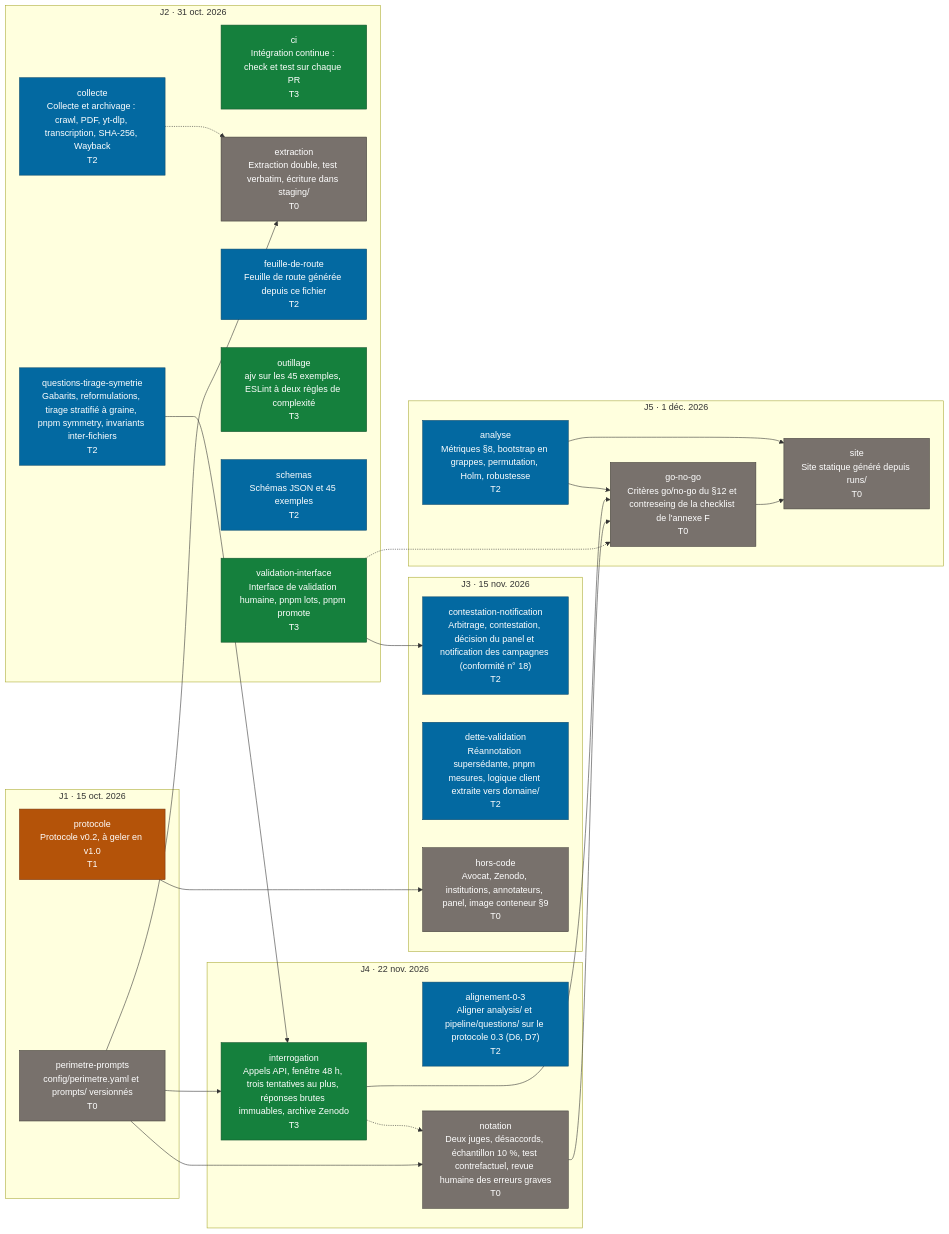
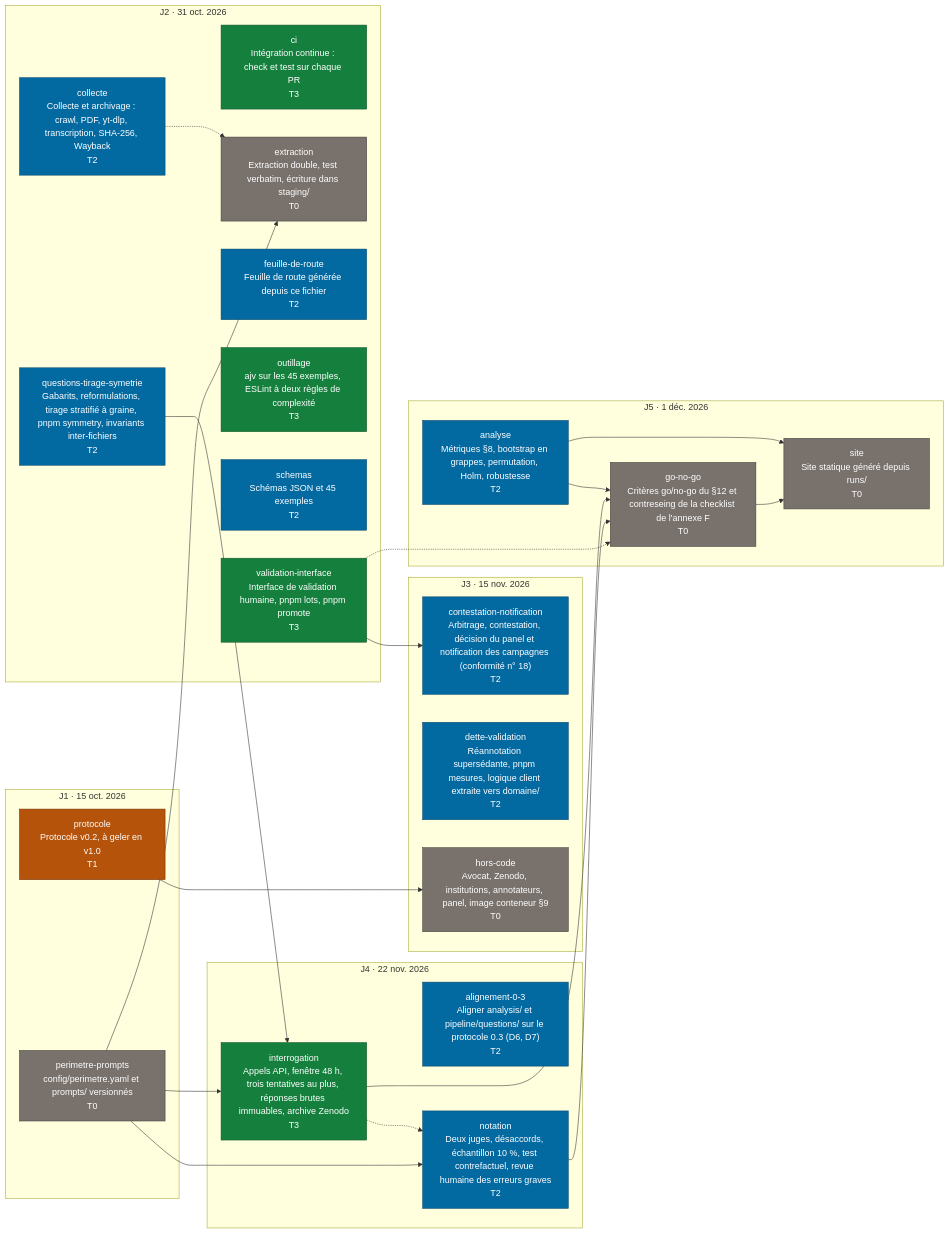
One commit to AzurNow/DEMOCRACIE_2027 changed the diagram in docs/FEUILLE-DE-ROUTE.md. Above: the diagram before and after it, drawn with Mermaid. The commit also changed other lines of this file and 3 other files, not shown here.

Commit message:
Clôture de la session du 2026-10-05, D13 à D15 et noyau du lot notation (PR #77 à #79)

````diff
--- a/docs/FEUILLE-DE-ROUTE.md
+++ b/docs/FEUILLE-DE-ROUTE.md
@@ -75,52 +75,52 @@
 ```mermaid
 flowchart LR
   subgraph jalon_J1["J1 · 15 oct. 2026"]
     lot_perimetre_prompts["perimetre-prompts<br/>config/perimetre.yaml et prompts/ versionnés<br/>T0"]:::T0
     lot_protocole["protocole<br/>Protocole v0.2, à geler en v1.0<br/>T1"]:::T1
   end
   subgraph jalon_J2["J2 · 31 oct. 2026"]
     lot_ci["ci<br/>Intégration continue : check et test sur chaque PR<br/>T3"]:::T3
     lot_collecte["collecte<br/>Collecte et archivage : crawl, PDF, yt-dlp, transcription, SHA-256, Wayback<br/>T2"]:::T2
     lot_extraction["extraction<br/>Extraction double, test verbatim, écriture dans staging/<br/>T0"]:::T0
     lot_feuille_de_route["feuille-de-route<br/>Feuille de route générée depuis ce fichier<br/>T2"]:::T2
     lot_outillage["outillage<br/>ajv sur les 45 exemples, ESLint à deux règles de complexité<br/>T3"]:::T3
     lot_questions_tirage_symetrie["questions-tirage-symetrie<br/>Gabarits, reformulations, tirage stratifié à graine, pnpm symmetry, invariants inter-fichiers<br/>T2"]:::T2
     lot_schemas["schemas<br/>Schémas JSON et 45 exemples<br/>T2"]:::T2
     lot_validation_interface["validation-interface<br/>Interface de validation humaine, pnpm lots, pnpm promote<br/>T3"]:::T3
   end
   subgraph jalon_J3["J3 · 15 nov. 2026"]
     lot_contestation_notification["contestation-notification<br/>Arbitrage, contestation, décision du panel et notification des campagnes (conformité n° 18)<br/>T2"]:::T2
     lot_dette_validation["dette-validation<br/>Réannotation supersédante, pnpm mesures, logique client extraite vers domaine/<br/>T2"]:::T2
     lot_hors_code["hors-code<br/>Avocat, Zenodo, institutions, annotateurs, panel, image conteneur §9<br/>T0"]:::T0
   end
   subgraph jalon_J4["J4 · 22 nov. 2026"]
     lot_alignement_0_3["alignement-0-3<br/>Aligner analysis/ et pipeline/questions/ sur le protocole 0.3 (D6, D7)<br/>T2"]:::T2
     lot_interrogation["interrogation<br/>Appels API, fenêtre 48 h, trois tentatives au plus, réponses brutes immuables, archive Zenodo<br/>T3"]:::T3
-    lot_notation["notation<br/>Deux juges, désaccords, échantillon 10 %, test contrefactuel, revue humaine des erreurs graves<br/>T0"]:::T0
+    lot_notation["notation<br/>Deux juges, désaccords, échantillon 10 %, test contrefactuel, revue humaine des erreurs graves<br/>T2"]:::T2
   end
   subgraph jalon_J5["J5 · 1 déc. 2026"]
     lot_analyse["analyse<br/>Métriques §8, bootstrap en grappes, permutation, Holm, robustesse<br/>T2"]:::T2
     lot_go_no_go["go-no-go<br/>Critères go/no-go du §12 et contreseing de la checklist de l'annexe F<br/>T0"]:::T0
     lot_site["site<br/>Site statique généré depuis runs/<br/>T0"]:::T0
   end
   lot_validation_interface --> lot_contestation_notification
   lot_collecte -.-> lot_extraction
   lot_perimetre_prompts --> lot_extraction
   lot_analyse --> lot_go_no_go
   lot_interrogation --> lot_go_no_go
   lot_notation --> lot_go_no_go
   lot_validation_interface -.-> lot_go_no_go
   lot_protocole --> lot_hors_code
   lot_perimetre_prompts --> lot_interrogation
   lot_questions_tirage_symetrie --> lot_interrogation
   lot_interrogation -.-> lot_notation
   lot_perimetre_prompts --> lot_notation
   lot_analyse --> lot_site
   lot_go_no_go --> lot_site
   classDef T0 fill:#78716c,color:#ffffff,stroke:#44403c
   classDef T1 fill:#b45309,color:#ffffff,stroke:#78350f
   classDef T2 fill:#0369a1,color:#ffffff,stroke:#0c4a6e
   classDef T3 fill:#15803d,color:#ffffff,stroke:#14532d
   classDef T4 fill:#1d4ed8,color:#ffffff,stroke:#1e3a8a
   classDef decision fill:#b91c1c,color:#ffffff,stroke:#7f1d1d
 ```
````
